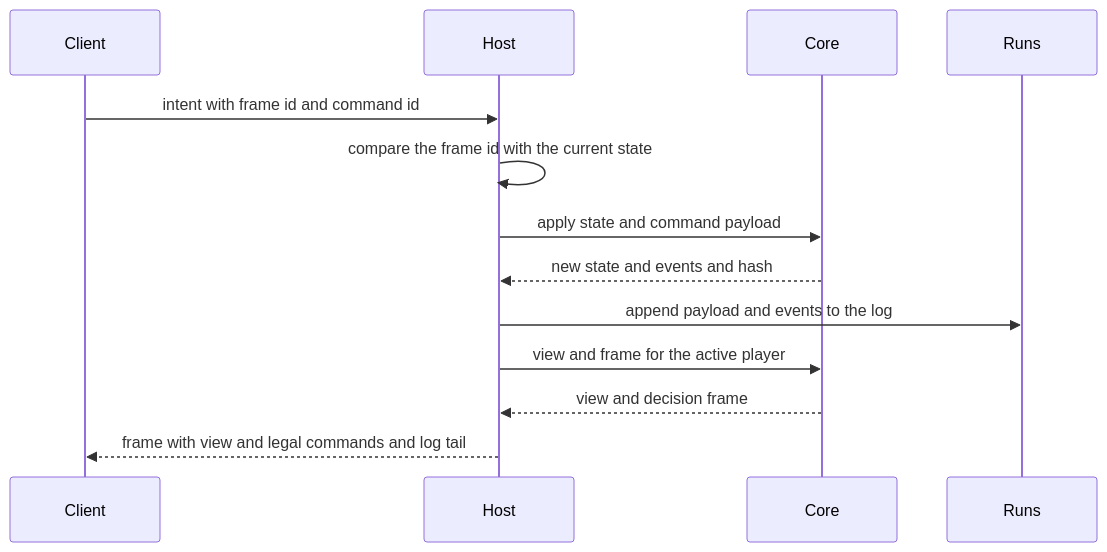
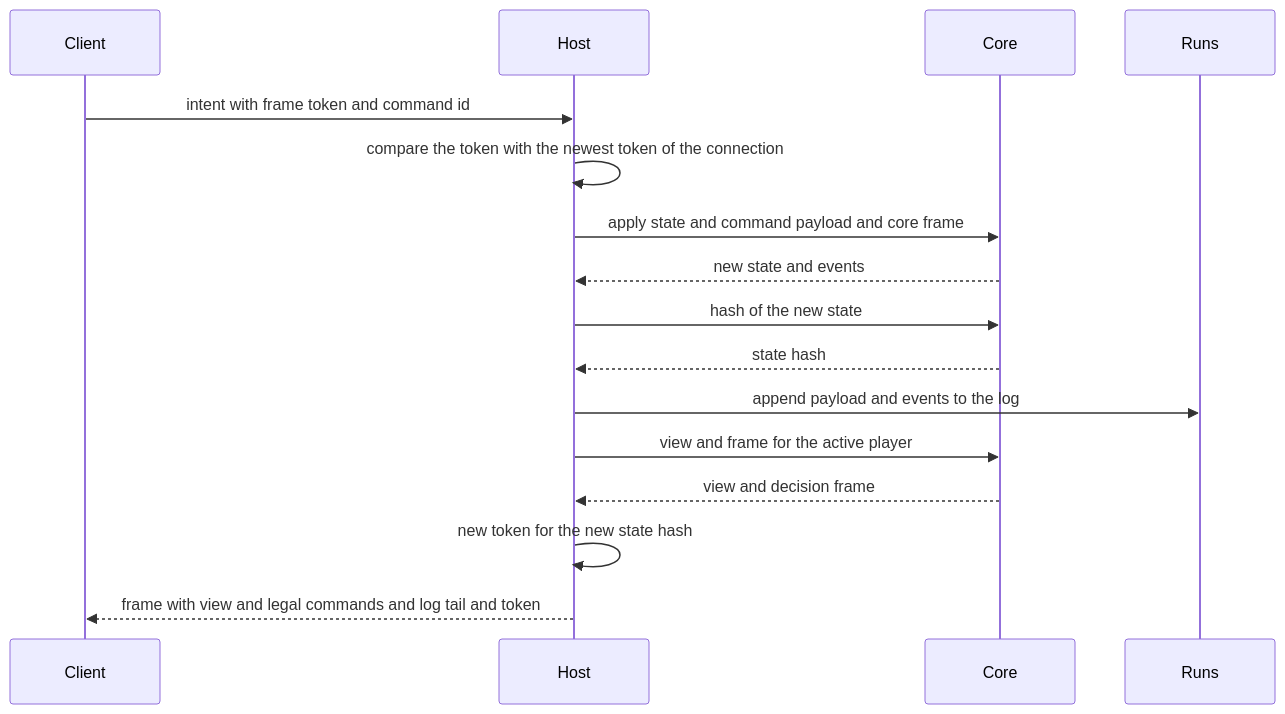
Before and after one commit to rondilley/Squad_Leader_Expeditionem: the fourth of 4 diagrams in docs/ARCHITECTURE.md, drawn with Mermaid. The commit also changed other lines of this file and 12 other files, not shown here.

````diff
--- a/docs/ARCHITECTURE.md
+++ b/docs/ARCHITECTURE.md
@@ -1149,15 +1507,18 @@
 ```mermaid
 sequenceDiagram
     participant C as Client
     participant H as Host
     participant K as Core
     participant R as Runs
-    C->>H: intent with frame id and command id
-    H->>H: compare the frame id with the current state
-    H->>K: apply state and command payload
-    K-->>H: new state and events and hash
+    C->>H: intent with frame token and command id
+    H->>H: compare the token with the newest token of the connection
+    H->>K: apply state and command payload and core frame
+    K-->>H: new state and events
+    H->>K: hash of the new state
+    K-->>H: state hash
     H->>R: append payload and events to the log
     H->>K: view and frame for the active player
     K-->>H: view and decision frame
-    H-->>C: frame with view and legal commands and log tail
+    H->>H: new token for the new state hash
+    H-->>C: frame with view and legal commands and log tail and token
 ```
````
